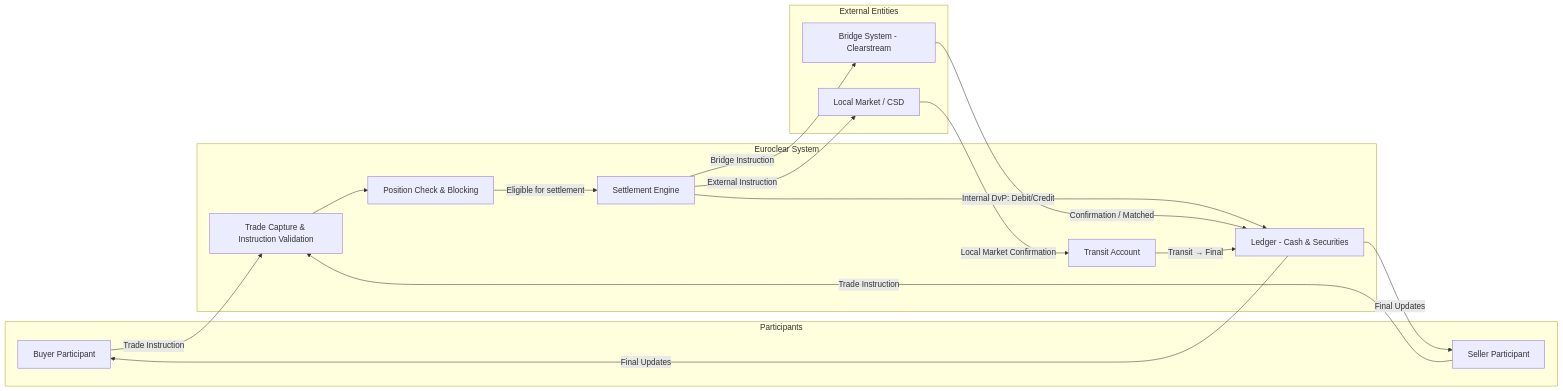
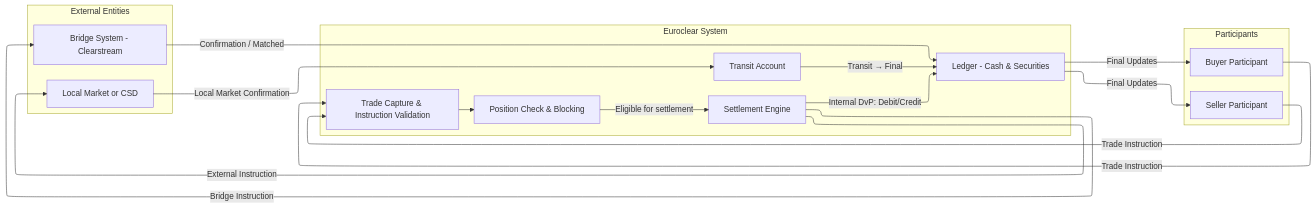
The diagram in docs/references/euroclear_settlement_flows.mmd (RatdeFeu/mini-fmi-design), drawn with Mermaid before and after one commit.

Commit message:
Refactor Euroclear settlement flows diagram

````diff
--- a/docs/references/euroclear_settlement_flows.mmd
+++ b/docs/references/euroclear_settlement_flows.mmd
@@ -1,40 +1,33 @@
 ```mermaid
+---
+config:
+  layout: elk
+---
 flowchart LR
-    subgraph Participants
-        A1[Buyer Participant]
-        A2[Seller Participant]
-    end
-
-    subgraph Euroclear System
-        B1[Trade Capture & Instruction Validation]
-        B2[Position Check & Blocking]
-        B3[Settlement Engine]
-        B4[Ledger - Cash & Securities]
-        B5[Transit Account]
-    end
-
-    subgraph External Entities
-        C1[Local Market / CSD]
-        C2[Bridge System - Clearstream]
-    end
-
-    A1 -->|Trade Instruction| B1
-    A2 -->|Trade Instruction| B1
+ subgraph Participants["Participants"]
+        A1["Buyer Participant"]
+        A2["Seller Participant"]
+  end
+ subgraph subGraph1["Euroclear System"]
+        B1["Trade Capture & Instruction Validation"]
+        B2["Position Check & Blocking"]
+        B3["Settlement Engine"]
+        B4["Ledger - Cash & Securities"]
+        B5["Transit Account"]
+  end
+ subgraph subGraph2["External Entities"]
+        C1["Local Market or CSD"]
+        C2["Bridge System - Clearstream"]
+  end
+    A1 -- Trade Instruction --> B1
+    A2 -- Trade Instruction --> B1
     B1 --> B2
-    B2 -->|Eligible for settlement| B3
-
-    %% Internal Flow
-    B3 -->|Internal DvP: Debit/Credit| B4
-
-    %% Bridge Flow
-    B3 -->|Bridge Instruction| C2
-    C2 -->|Confirmation / Matched| B4
-
-    %% External Flow
-    B3 -->|External Instruction| C1
-    C1 -->|Local Market Confirmation| B5
-    B5 -->|Transit → Final| B4
-
-    B4 -->|Final Updates| A1
-    B4 -->|Final Updates| A2
+    B2 -- Eligible for settlement --> B3
+    B3 -- Internal DvP: Debit/Credit --> B4
+    B3 -- Bridge Instruction --> C2
+    C2 -- Confirmation / Matched --> B4
+    B3 -- External Instruction --> C1
+    C1 -- Local Market Confirmation --> B5
+    B5 -- Transit → Final --> B4
+    B4 -- Final Updates --> A1 & A2
 ```
````
